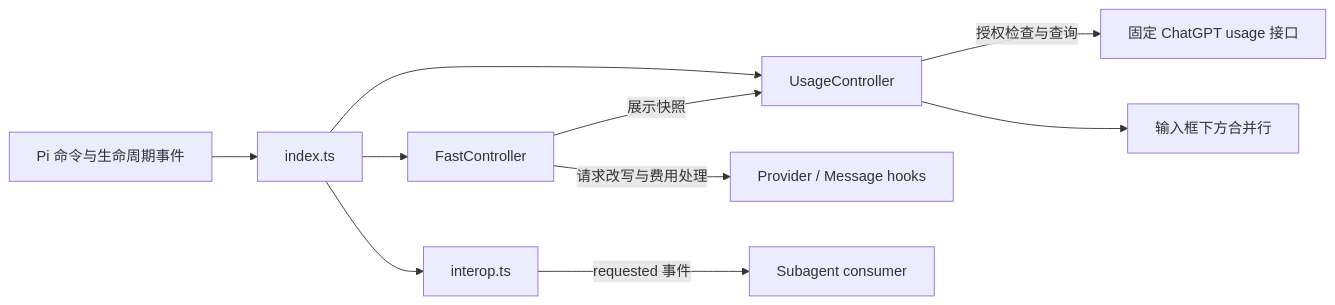
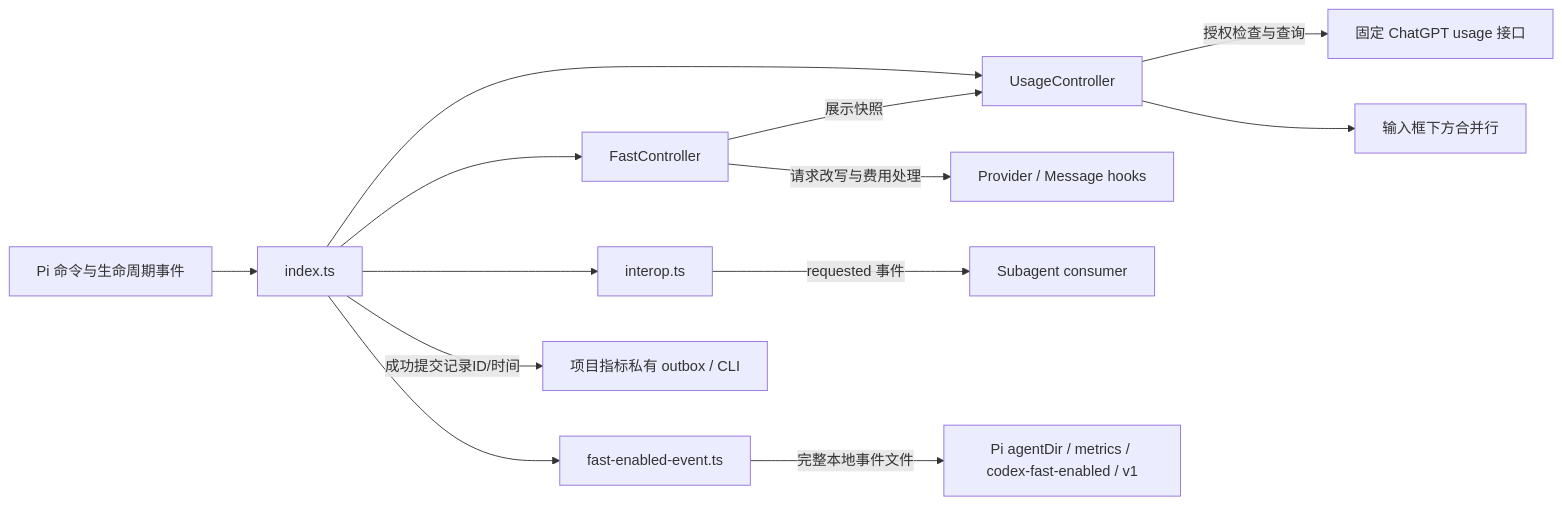
The first of 3 diagrams in docs/02-产品实现/codex-usage-status-技术设计.md (ZHOUKAILIAN/my-pi-extension), drawn with Mermaid before and after one commit. The commit also changed other lines of this file and 44 other files, not shown here.

````diff
--- a/docs/02-产品实现/codex-usage-status-技术设计.md
+++ b/docs/02-产品实现/codex-usage-status-技术设计.md
@@ -13,12 +13,15 @@
 ```mermaid
 flowchart LR
     pi[Pi 命令与生命周期事件] --> entry[index.ts]
     entry --> fast[FastController]
     entry --> usage[UsageController]
     fast -->|展示快照| usage
     usage -->|授权检查与查询| api[固定 ChatGPT usage 接口]
     usage --> widget[输入框下方合并行]
     fast -->|请求改写与费用处理| hooks[Provider / Message hooks]
     entry --> interop[interop.ts]
     interop -->|requested 事件| child[Subagent consumer]
+    entry --> event[fast-enabled-event.ts]
+    event -->|完整本地事件文件| local[Pi agentDir / metrics / codex-fast-enabled / v1]
+    entry -->|成功提交记录ID/时间| metrics[项目指标私有 outbox / CLI]
 ```
````
